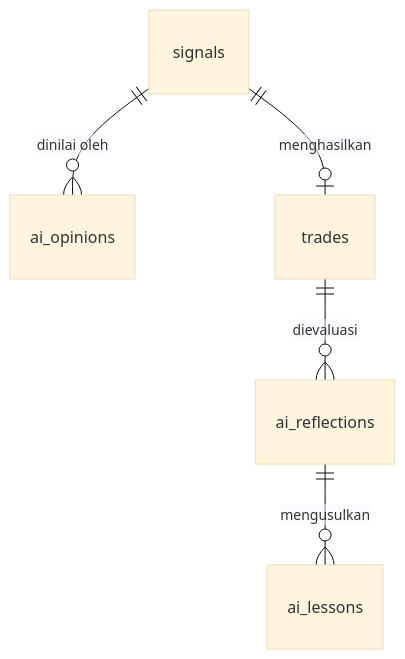
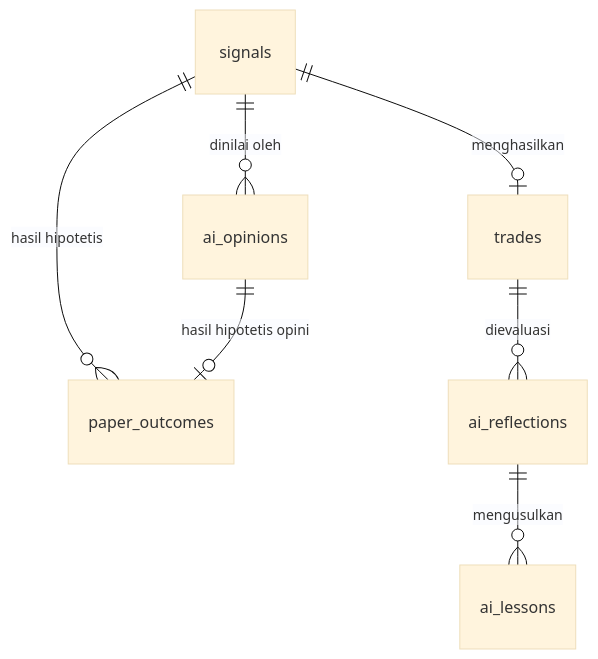
One commit to rifan6juli-svg/tradingbot changed the diagram in docs/BSD.md. Above: the diagram before and after it, drawn with Mermaid (base theme). The commit also changed other lines of this file and 6 other files, not shown here.

First line of the commit message:
Apply third audit fixes, paper outcomes, Telegram alerts and watchdog to docs

````diff
--- a/docs/BSD.md
+++ b/docs/BSD.md
@@ -7,7 +7,9 @@
 ```mermaid
 erDiagram
   signals ||--o{ ai_opinions : "dinilai oleh"
   signals ||--o| trades : "menghasilkan"
+  signals ||--o{ paper_outcomes : "hasil hipotetis"
+  ai_opinions ||--o| paper_outcomes : "hasil hipotetis opini"
   trades ||--o{ ai_reflections : "dievaluasi"
   ai_reflections ||--o{ ai_lessons : "mengusulkan"
 ```
````
